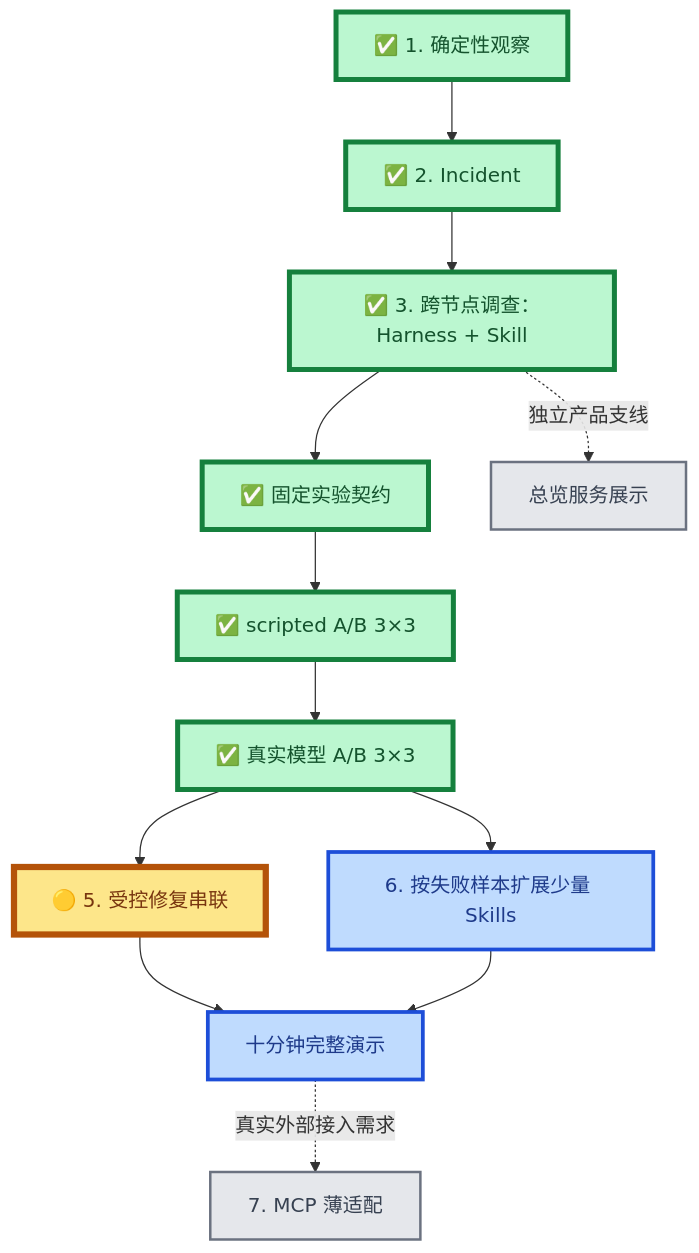
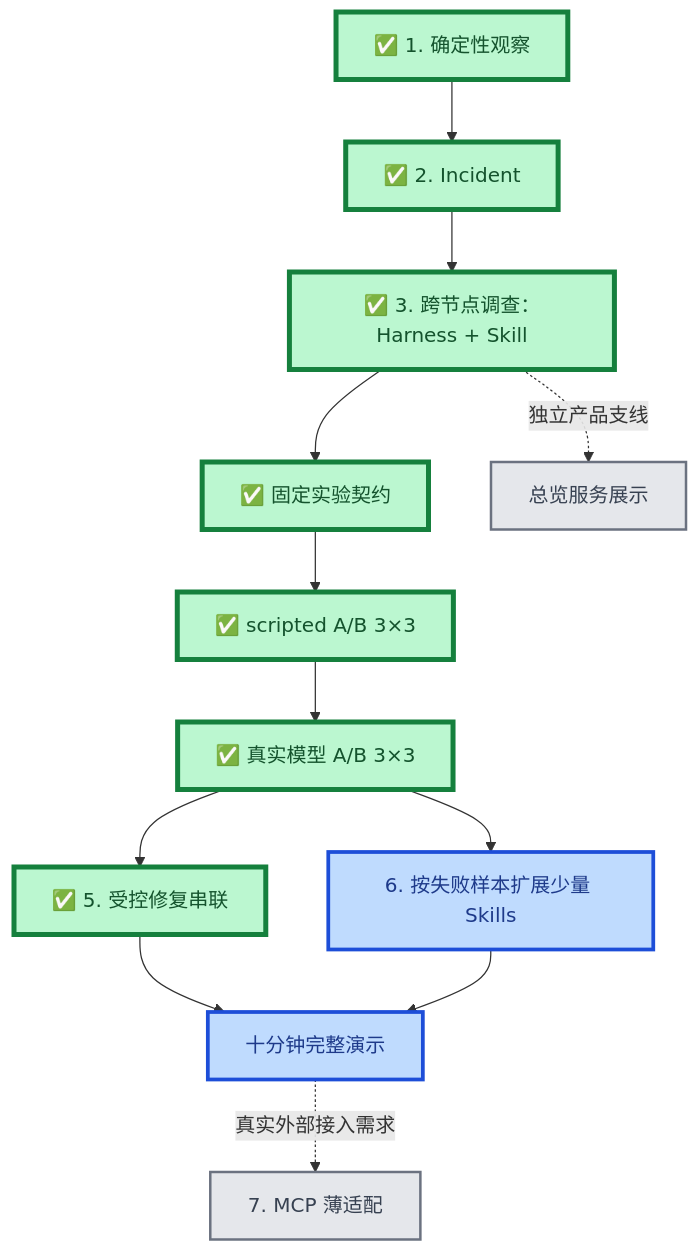
The first of 2 diagrams in docs/project/roadmap.md (Sugarfarmeriod/TunnelMinion), drawn with Mermaid before and after one commit. The commit also changed other lines of this file and 2 other files, not shown here.

````diff
--- a/docs/project/roadmap.md
+++ b/docs/project/roadmap.md
@@ -8,26 +8,25 @@
 ```mermaid
 flowchart TB
     A["✅ 1. 确定性观察"] --> B["✅ 2. Incident"]
     B --> C["✅ 3. 跨节点调查：Harness + Skill"]
 
     C --> D1["✅ 固定实验契约"]
     D1 --> D2["✅ scripted A/B 3×3"]
     D2 --> D3["✅ 真实模型 A/B 3×3"]
 
-    D3 --> E["🟡 5. 受控修复串联"]
+    D3 --> E["✅ 5. 受控修复串联"]
     D3 --> F["6. 按失败样本扩展少量 Skills"]
     E --> H["十分钟完整演示"]
     F --> H
     H -.真实外部接入需求.-> G["7. MCP 薄适配"]
 
     C -.独立产品支线.-> U["总览服务展示"]
 
     classDef done fill:#bbf7d0,stroke:#15803d,stroke-width:4px,color:#14532d;
     classDef current fill:#fde68a,stroke:#b45309,stroke-width:5px,color:#78350f;
     classDef next fill:#bfdbfe,stroke:#1d4ed8,stroke-width:3px,color:#1e3a8a;
     classDef later fill:#e5e7eb,stroke:#6b7280,stroke-width:2px,color:#374151;
-    class A,B,C,D1,D2,D3 done;
-    class E current;
+    class A,B,C,D1,D2,D3,E done;
     class F,H next;
     class G,U later;
 ```
````
